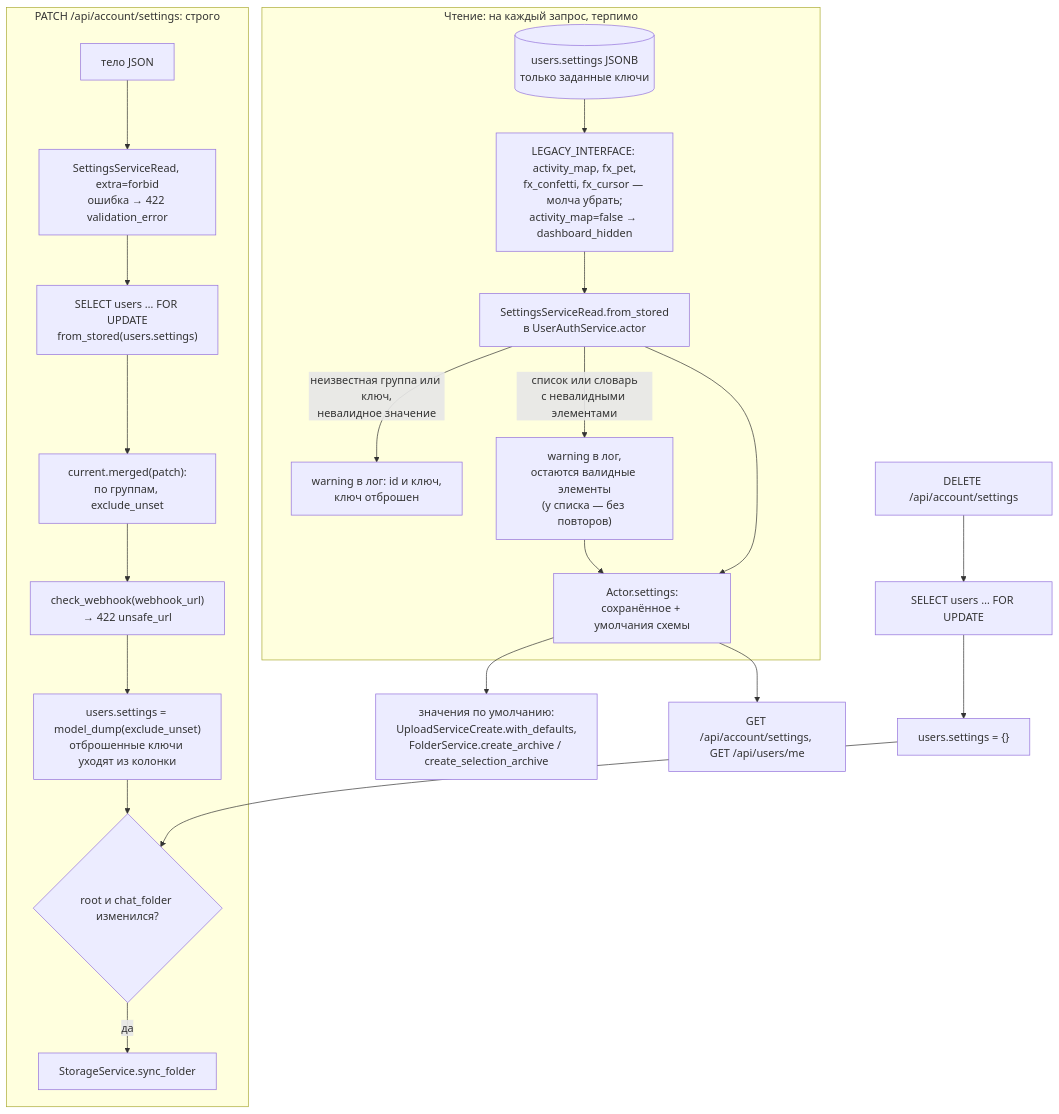
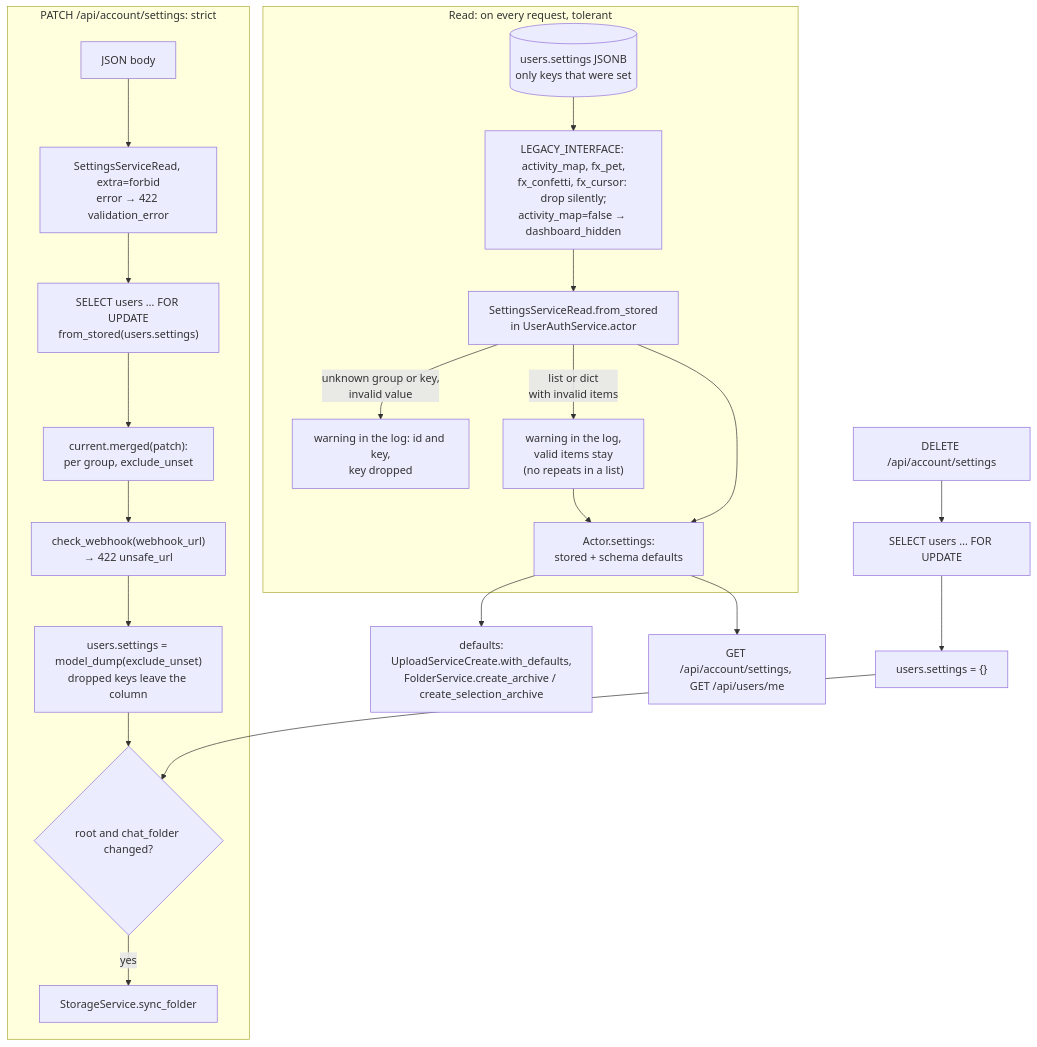
One commit to NikitkaZXC/tcloud-backend changed the diagram in docs/flows/settings.md. Above: the diagram before and after it, drawn with Mermaid. The commit also changed other lines of this file and 20 other files, not shown here.

````diff
--- a/docs/flows/settings.md
+++ b/docs/flows/settings.md
@@ -31,25 +31,25 @@
 ```mermaid
 flowchart TD
-    subgraph load["Чтение: на каждый запрос, терпимо"]
-        db[("users.settings JSONB<br/>только заданные ключи")]
-        fs["SettingsServiceRead.from_stored<br/>в UserAuthService.actor"]
-        db --> legacy["LEGACY_INTERFACE: activity_map, fx_pet,<br/>fx_confetti, fx_cursor — молча убрать;<br/>activity_map=false → dashboard_hidden"]
+    subgraph load["Read: on every request, tolerant"]
+        db[("users.settings JSONB<br/>only keys that were set")]
+        fs["SettingsServiceRead.from_stored<br/>in UserAuthService.actor"]
+        db --> legacy["LEGACY_INTERFACE: activity_map, fx_pet,<br/>fx_confetti, fx_cursor: drop silently;<br/>activity_map=false → dashboard_hidden"]
         legacy --> fs
-        fs -->|"неизвестная группа или ключ,<br/>невалидное значение"| warn["warning в лог: id и ключ,<br/>ключ отброшен"]
-        fs -->|"список или словарь<br/>с невалидными элементами"| items["warning в лог,<br/>остаются валидные элементы<br/>(у списка — без повторов)"]
+        fs -->|"unknown group or key,<br/>invalid value"| warn["warning in the log: id and key,<br/>key dropped"]
+        fs -->|"list or dict<br/>with invalid items"| items["warning in the log,<br/>valid items stay<br/>(no repeats in a list)"]
         items --> actor
-        fs --> actor["Actor.settings:<br/>сохранённое + умолчания схемы"]
+        fs --> actor["Actor.settings:<br/>stored + schema defaults"]
     end
-    subgraph write["PATCH /api/account/settings: строго"]
-        body["тело JSON"] --> strict["SettingsServiceRead, extra=forbid<br/>ошибка → 422 validation_error"]
+    subgraph write["PATCH /api/account/settings: strict"]
+        body["JSON body"] --> strict["SettingsServiceRead, extra=forbid<br/>error → 422 validation_error"]
         strict --> lock["SELECT users … FOR UPDATE<br/>from_stored(users.settings)"]
-        lock --> merge["current.merged(patch):<br/>по группам, exclude_unset"]
+        lock --> merge["current.merged(patch):<br/>per group, exclude_unset"]
         merge --> wh["check_webhook(webhook_url)<br/>→ 422 unsafe_url"]
-        wh --> save["users.settings = model_dump(exclude_unset)<br/>отброшенные ключи уходят из колонки"]
-        save --> chg{"root и chat_folder изменился?"}
-        chg -->|да| sync["StorageService.sync_folder"]
+        wh --> save["users.settings = model_dump(exclude_unset)<br/>dropped keys leave the column"]
+        save --> chg{"root and chat_folder changed?"}
+        chg -->|yes| sync["StorageService.sync_folder"]
     end
     reset["DELETE /api/account/settings"] --> lock2["SELECT users … FOR UPDATE"] --> zero["users.settings = {}"] --> chg
-    actor --> use["значения по умолчанию:<br/>UploadServiceCreate.with_defaults,<br/>FolderService.create_archive / create_selection_archive"]
+    actor --> use["defaults:<br/>UploadServiceCreate.with_defaults,<br/>FolderService.create_archive / create_selection_archive"]
     actor --> me["GET /api/account/settings, GET /api/users/me"]
 ```
````
